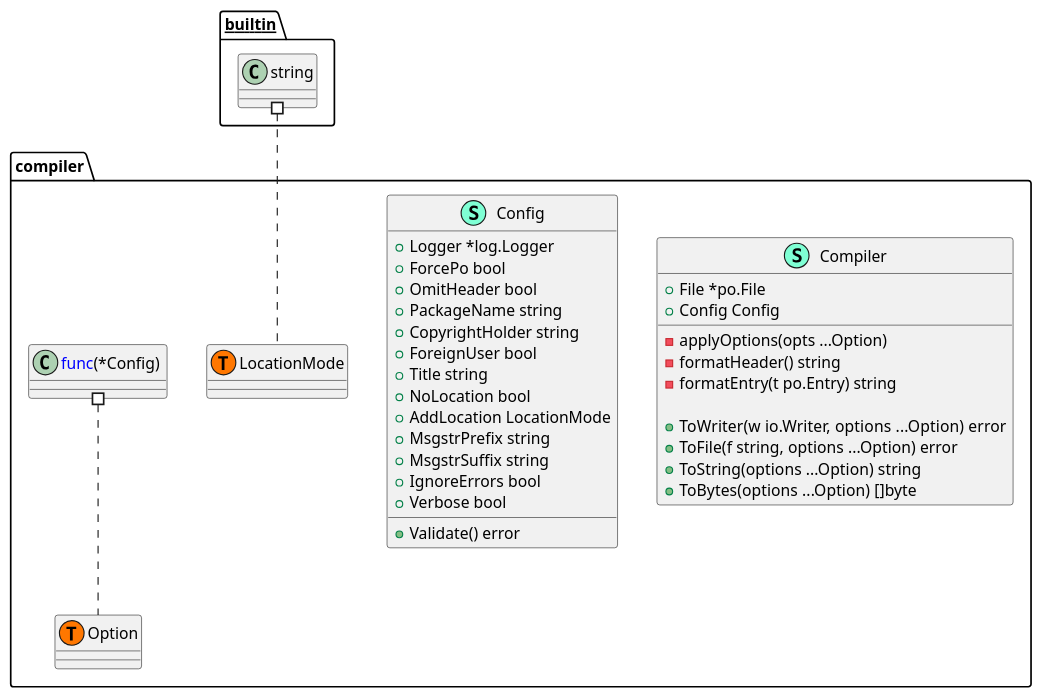
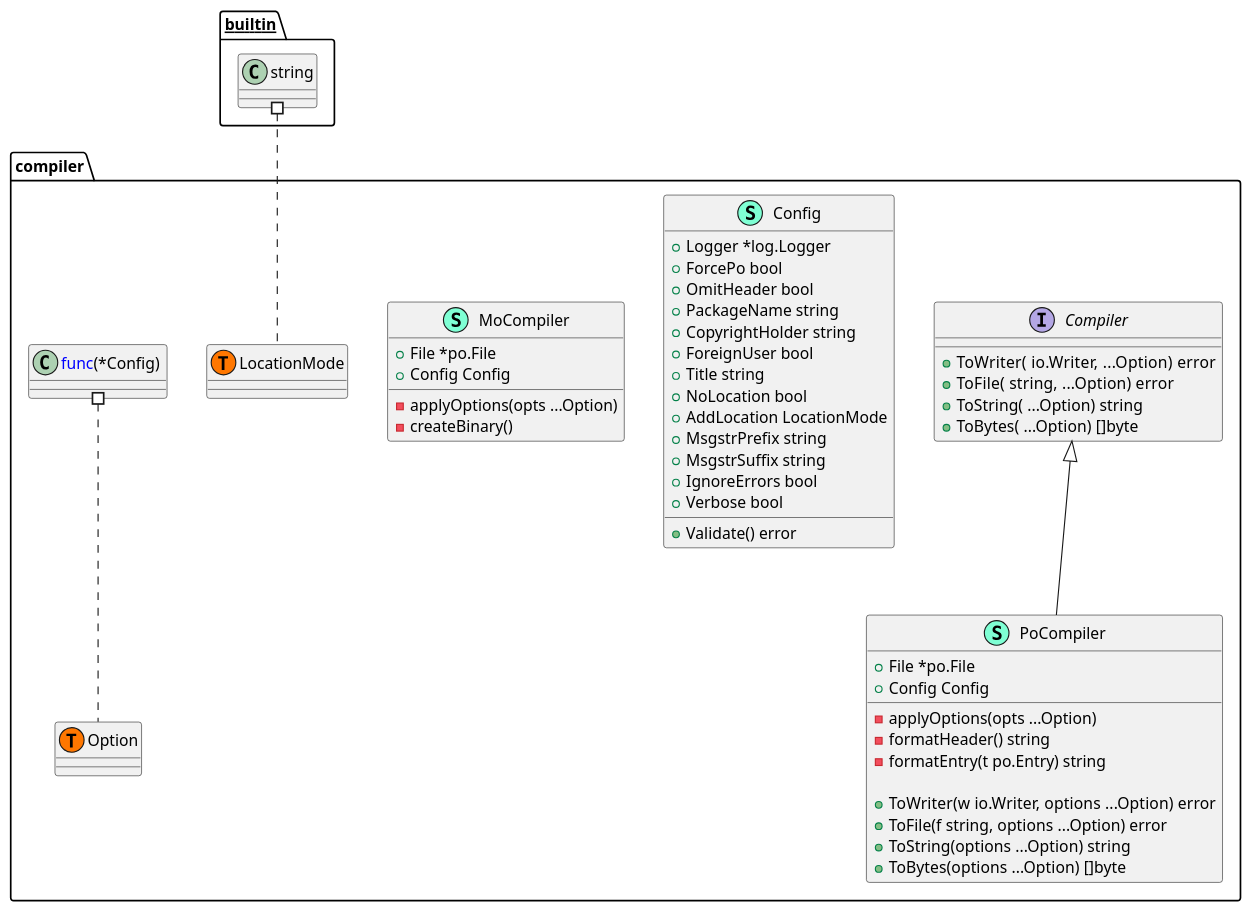
The diagram in pkg/po/compiler/structure.puml (Tom5521/gotext-tools), drawn with PlantUML before and after one commit. The commit also changed 5 other files, not shown here.

First line of the commit message:
refactor(compiler): restructure compiler architecture and update entry hashing

```diff
--- a/pkg/po/compiler/structure.puml
+++ b/pkg/po/compiler/structure.puml
@@ -1,44 +1,60 @@
 @startuml
 namespace compiler {
-    class Compiler << (S,Aquamarine) >> {
-        + File *po.File
-        + Config Config
-
-        - applyOptions(opts ...Option) 
-        - formatHeader() string
-        - formatEntry(t po.Entry) string
-
-        + ToWriter(w io.Writer, options ...Option) error
-        + ToFile(f string, options ...Option) error
-        + ToString(options ...Option) string
-        + ToBytes(options ...Option) []byte
+    interface Compiler  {
+        + ToWriter( io.Writer,  ...Option) error
+        + ToFile( string,  ...Option) error
+        + ToString( ...Option) string
+        + ToBytes( ...Option) []byte
 
     }
     class Config << (S,Aquamarine) >> {
         + Logger *log.Logger
         + ForcePo bool
         + OmitHeader bool
         + PackageName string
         + CopyrightHolder string
         + ForeignUser bool
         + Title string
         + NoLocation bool
         + AddLocation LocationMode
         + MsgstrPrefix string
         + MsgstrSuffix string
         + IgnoreErrors bool
         + Verbose bool
 
         + Validate() error
 
     }
+    class MoCompiler << (S,Aquamarine) >> {
+        + File *po.File
+        + Config Config
+
+        - applyOptions(opts ...Option) 
+        - createBinary() 
+
+    }
+    class PoCompiler << (S,Aquamarine) >> {
+        + File *po.File
+        + Config Config
+
+        - applyOptions(opts ...Option) 
+        - formatHeader() string
+        - formatEntry(t po.Entry) string
+
+        + ToWriter(w io.Writer, options ...Option) error
+        + ToFile(f string, options ...Option) error
+        + ToString(options ...Option) string
+        + ToBytes(options ...Option) []byte
+
+    }
     class compiler.LocationMode << (T, #FF7700) >>  {
     }
     class compiler.Option << (T, #FF7700) >>  {
     }
 }
 
+"compiler.Compiler" <|-- "compiler.PoCompiler"
 
 "__builtin__.string" #.. "compiler.LocationMode"
 "compiler.<font color=blue>func</font>(*Config) " #.. "compiler.Option"
 @enduml
```
